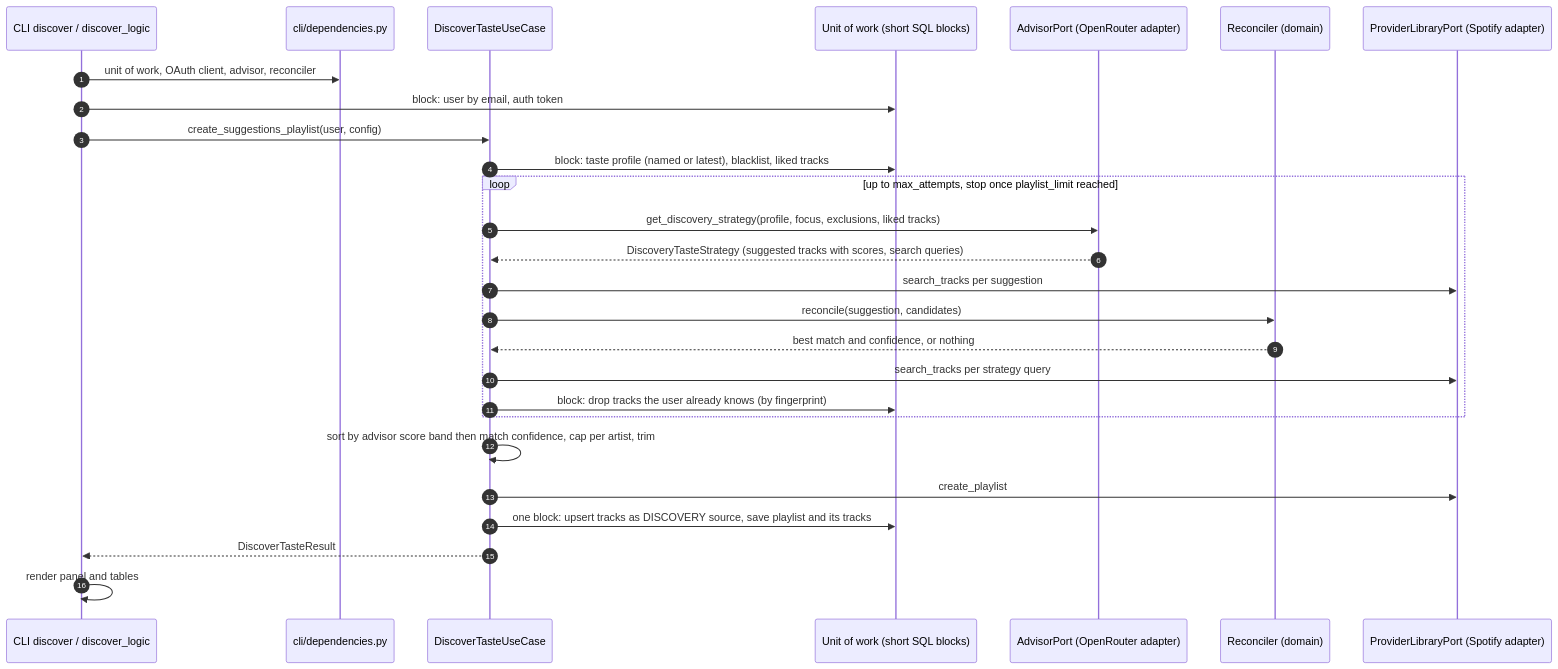
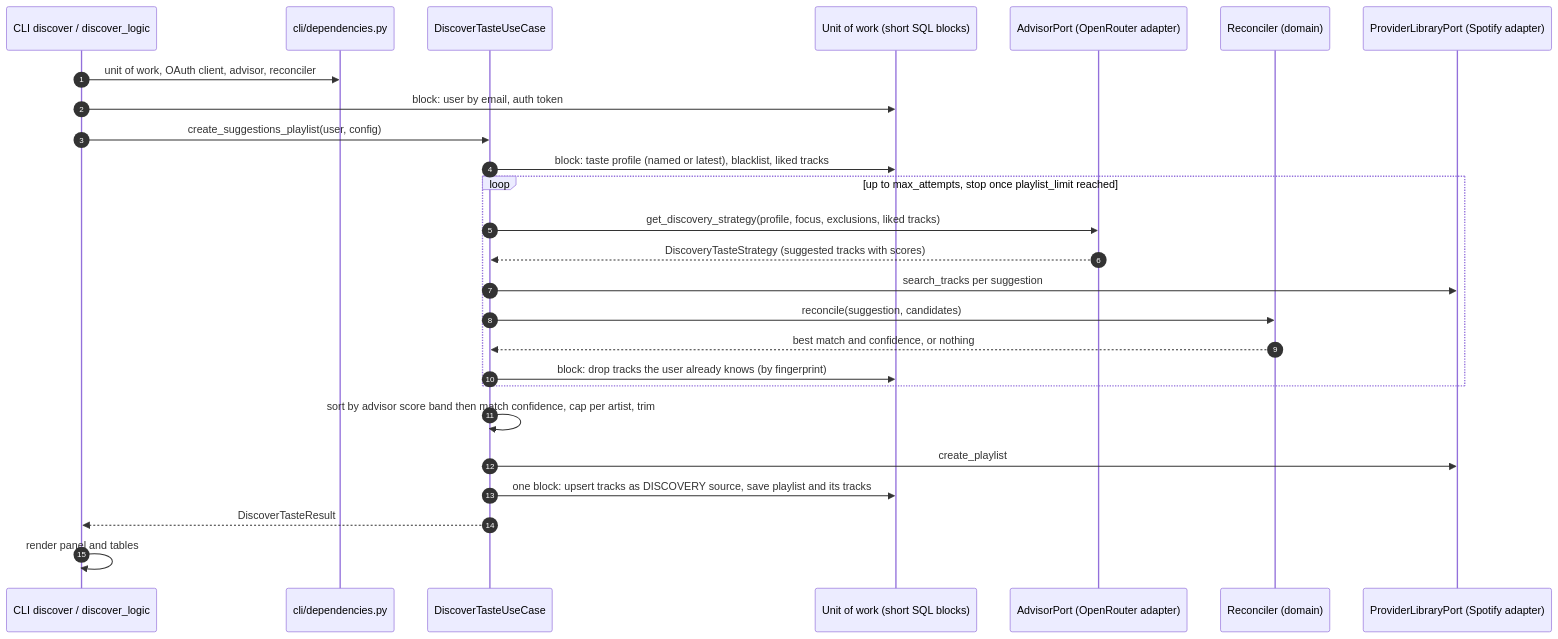
One commit to ychab/museflow changed the second of 2 diagrams in docs/technical/architecture.md. Above: the diagram before and after it, drawn with Mermaid. The commit also changed other lines of this file and 11 other files, not shown here.

First line of the commit message:
fix(discover): drop the advisor's free-text search queries

````diff
--- a/docs/technical/architecture.md
+++ b/docs/technical/architecture.md
@@ -69,30 +69,29 @@
 ```mermaid
 sequenceDiagram
     autonumber
     participant CLI as CLI discover / discover_logic
     participant DI as cli/dependencies.py
     participant UC as DiscoverTasteUseCase
     participant UoW as Unit of work (short SQL blocks)
     participant Adv as AdvisorPort (OpenRouter adapter)
     participant Rec as Reconciler (domain)
     participant Lib as ProviderLibraryPort (Spotify adapter)
 
     CLI->>DI: unit of work, OAuth client, advisor, reconciler
     CLI->>UoW: block: user by email, auth token
     CLI->>UC: create_suggestions_playlist(user, config)
     UC->>UoW: block: taste profile (named or latest), blacklist, liked tracks
     loop up to max_attempts, stop once playlist_limit reached
         UC->>Adv: get_discovery_strategy(profile, focus, exclusions, liked tracks)
-        Adv-->>UC: DiscoveryTasteStrategy (suggested tracks with scores, search queries)
+        Adv-->>UC: DiscoveryTasteStrategy (suggested tracks with scores)
         UC->>Lib: search_tracks per suggestion
         UC->>Rec: reconcile(suggestion, candidates)
         Rec-->>UC: best match and confidence, or nothing
-        UC->>Lib: search_tracks per strategy query
         UC->>UoW: block: drop tracks the user already knows (by fingerprint)
     end
     UC->>UC: sort by advisor score band then match confidence, cap per artist, trim
     UC->>Lib: create_playlist
     UC->>UoW: one block: upsert tracks as DISCOVERY source, save playlist and its tracks
     UC-->>CLI: DiscoverTasteResult
     CLI->>CLI: render panel and tables
 ```
````
